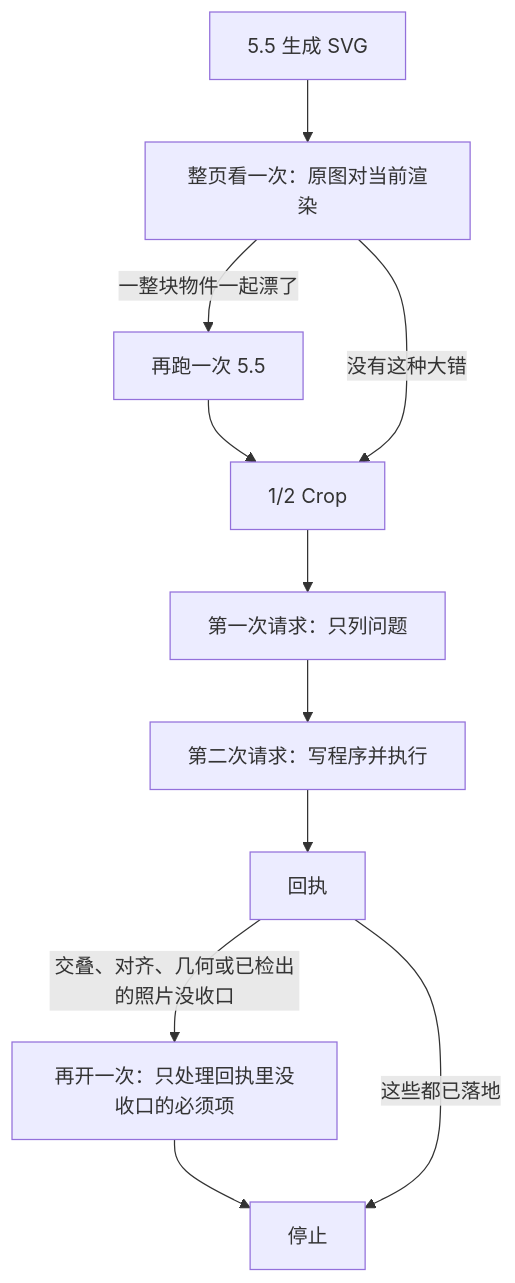
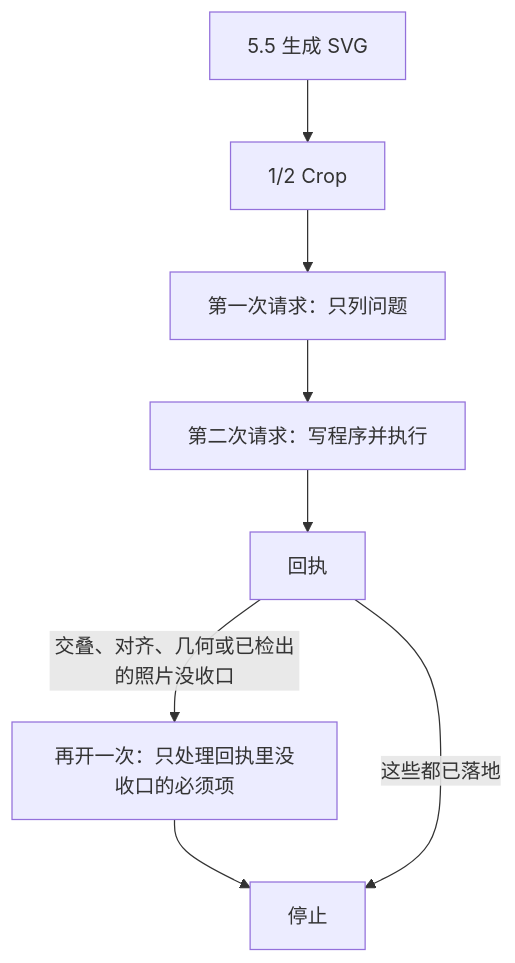
One commit to LawrenceRiver/FigFox changed the diagram in README.md. Above: the diagram before and after it, drawn with Mermaid. The commit also changed other lines of this file and 3 other files, not shown here.

````diff
--- a/README.md
+++ b/README.md
@@ -31,18 +31,14 @@
 ```mermaid
 flowchart TD
   svg[5.5 生成 SVG]
-  look[整页看一次：原图对当前渲染]
-  rerun[再跑一次 5.5]
   crop[1/2 Crop]
   find[第一次请求：只列问题]
   fix[第二次请求：写程序并执行]
   receipt[回执]
   extra[再开一次：只处理回执里没收口的必须项]
   stop[停止]
-  svg --> look
-  look -->|一整块物件一起漂了| rerun --> crop
-  look -->|没有这种大错| crop
+  svg --> crop
   crop --> find --> fix --> receipt
   receipt -->|交叠、对齐、几何或已检出的照片没收口| extra --> stop
   receipt -->|这些都已落地| stop
 ```
````
